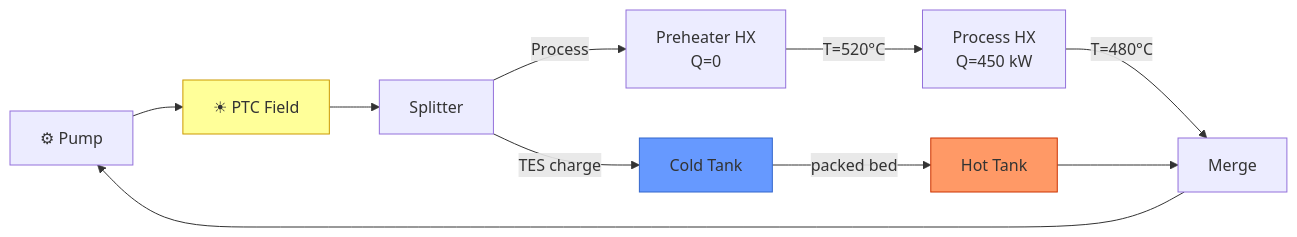
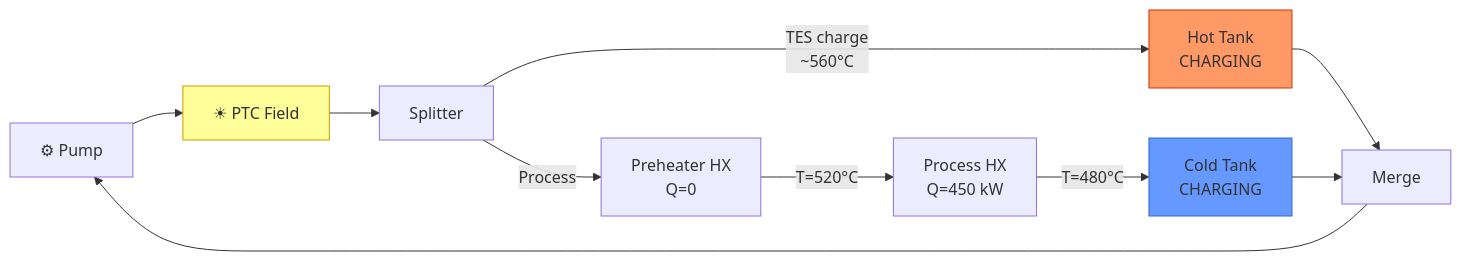
Before and after one commit to iwolde/pbtes-sim: the sixth of 17 diagrams in .planning/PLANT_LAYOUTS_AND_MODES.md, drawn with Mermaid. The commit also changed other lines of this file and 1 other file, not shown here.

Commit message:
docs: Redesign 2-tank direct config with parallel discharge mixing valve

````diff
--- a/.planning/PLANT_LAYOUTS_AND_MODES.md
+++ b/.planning/PLANT_LAYOUTS_AND_MODES.md
@@ -293,16 +308,16 @@
 ```mermaid
 graph LR
     P1["⚙ Pump"] --> PTC["☀ PTC Field"]
     PTC --> SP["Splitter"]
+    SP -->|"TES charge<br/>~560°C"| HT["Hot Tank<br/>CHARGING"]
+    HT --> MG["Merge"]
     SP -->|"Process"| PH["Preheater HX<br/>Q=0"]
     PH -->|"T=520°C"| PR["Process HX<br/>Q=450 kW"]
-    PR -->|"T=480°C"| MG["Merge"]
-    SP -->|"TES charge"| CT["Cold Tank"]
-    CT -->|"packed bed"| HT["Hot Tank"]
-    HT --> MG
+    PR -->|"T=480°C"| CT["Cold Tank<br/>CHARGING"]
+    CT --> MG
     MG --> P1
 
     style PTC fill:#ff9,stroke:#c90
+    style HT fill:#f96,stroke:#c30
     style CT fill:#69f,stroke:#36c
-    style HT fill:#f96,stroke:#c30
 ```
````
